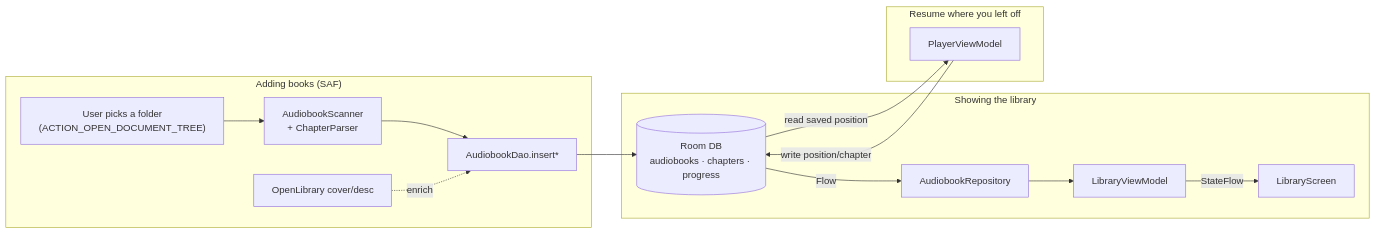
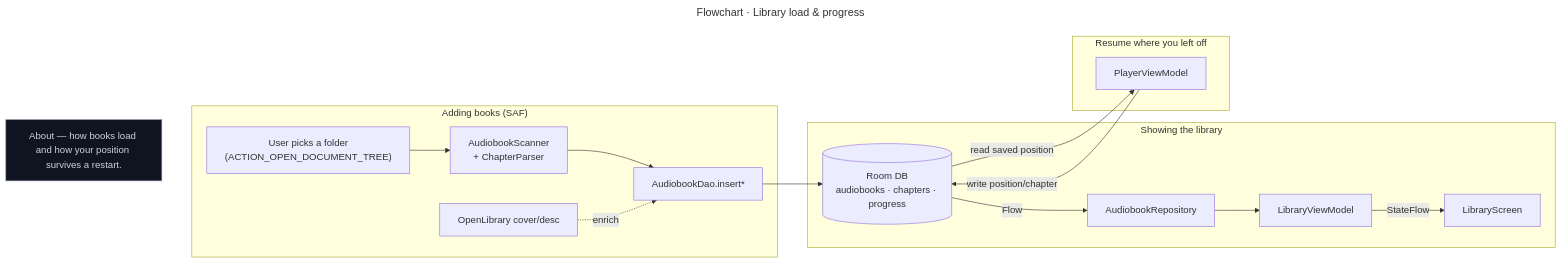
One commit to DICEsda/Mobile-Application-Development-COURSE changed the sixth of 9 diagrams in Final Submission Project/ARCHITECTURE.md. Above: the diagram before and after it, drawn with Mermaid. The commit also changed other lines of this file and 9 other files, not shown here.

First line of the commit message:
docs: add in-image titles (graph type) and an About card to each diagram

````diff
--- a/Final Submission Project/ARCHITECTURE.md
+++ b/Final Submission Project/ARCHITECTURE.md
@@ -256,21 +282,27 @@
 ```mermaid
+---
+title: "Flowchart · Library load & progress"
+---
 flowchart LR
+    classDef about fill:#0f1420,stroke:#8a93a6,color:#cdd3df
+    CARD["About — how books load and how your position survives a restart."]:::about
+    CARD ~~~ Folder
     subgraph Import["Adding books (SAF)"]
         Folder["User picks a folder<br/>(ACTION_OPEN_DOCUMENT_TREE)"] --> Scan["AudiobookScanner<br/>+ ChapterParser"]
         Scan --> Insert["AudiobookDao.insert*"]
         Cover["OpenLibrary cover/desc"] -.enrich.-> Insert
     end
 
     Insert --> RoomDB[("Room DB<br/>audiobooks · chapters · progress")]
 
     subgraph Read["Showing the library"]
         RoomDB -->|"Flow<List>"| AudioRepo2["AudiobookRepository"]
         AudioRepo2 --> LibVM["LibraryViewModel"]
         LibVM -->|StateFlow| LibScreen["LibraryScreen"]
     end
 
     subgraph Resume["Resume where you left off"]
         PlayerVM2["PlayerViewModel"] -->|"write position/chapter"| RoomDB
         RoomDB -->|"read saved position"| PlayerVM2
     end
 ```
````
